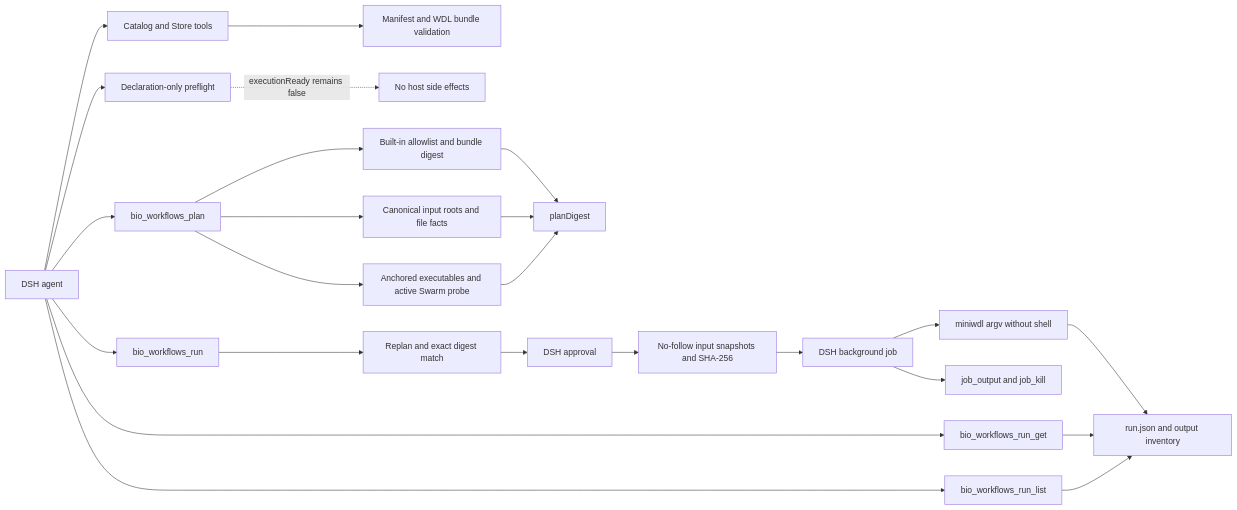
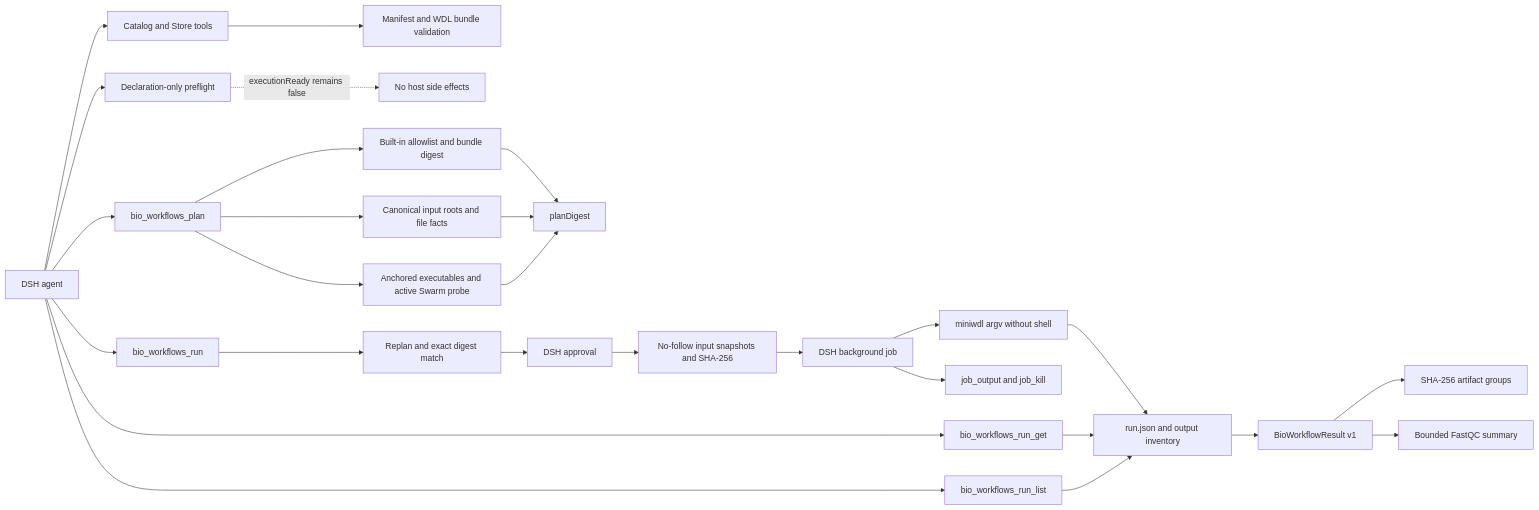
The diagram in docs/design-and-status.md (qzhqzh/dsh-bio-workflows), drawn with Mermaid before and after one commit. The commit also changed other lines of this file and 30 other files, not shown here.

````diff
--- a/docs/design-and-status.md
+++ b/docs/design-and-status.md
@@ -31,26 +32,29 @@
 ```mermaid
 flowchart LR
   A[DSH agent] --> B[Catalog and Store tools]
   B --> C[Manifest and WDL bundle validation]
   A --> D[Declaration-only preflight]
   D -. executionReady remains false .-> E[No host side effects]
   A --> F[bio_workflows_plan]
   F --> G[Built-in allowlist and bundle digest]
   F --> H[Canonical input roots and file facts]
   F --> I[Anchored executables and active Swarm probe]
   G --> J[planDigest]
   H --> J
   I --> J
   A --> K[bio_workflows_run]
   K --> L[Replan and exact digest match]
   L --> M[DSH approval]
   M --> S[No-follow input snapshots and SHA-256]
   S --> N[DSH background job]
   N --> O[miniwdl argv without shell]
   O --> P[run.json and output inventory]
+  P --> U[BioWorkflowResult v1]
+  U --> V[SHA-256 artifact groups]
+  U --> W[Bounded FastQC summary]
   N --> Q[job_output and job_kill]
   A --> R[bio_workflows_run_get]
   R --> P
   A --> T[bio_workflows_run_list]
   T --> P
 ```
````
